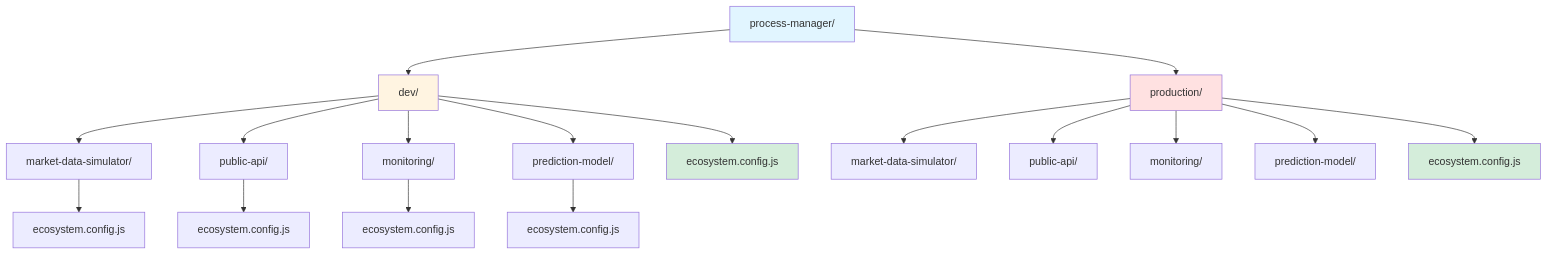
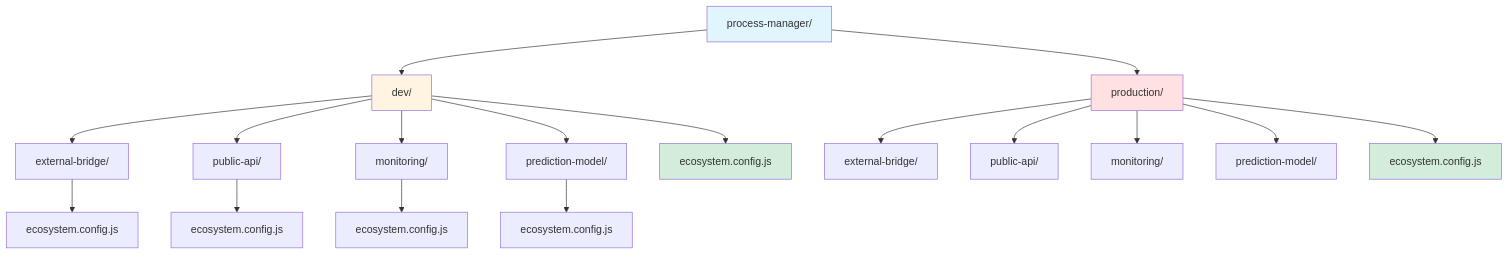
Before and after one commit to schulmacher/krupton: the diagram in docs/004_process_management_pm2.md, drawn with Mermaid. The commit also changed other lines of this file and 131 other files, not shown here.

````diff
--- a/docs/004_process_management_pm2.md
+++ b/docs/004_process_management_pm2.md
@@ -17,28 +17,28 @@
 ```mermaid
 graph TD
     A[process-manager/] --> B[dev/]
     A --> C[production/]
     
-    B --> D1[market-data-simulator/]
+    B --> D1[external-bridge/]
     B --> E1[public-api/]
     B --> F1[monitoring/]
     B --> G1[prediction-model/]
     B --> H1[ecosystem.config.js]
     
-    C --> D2[market-data-simulator/]
+    C --> D2[external-bridge/]
     C --> E2[public-api/]
     C --> F2[monitoring/]
     C --> G2[prediction-model/]
     C --> H2[ecosystem.config.js]
     
     D1 --> I1[ecosystem.config.js]
     E1 --> J1[ecosystem.config.js]
     F1 --> K1[ecosystem.config.js]
     G1 --> L1[ecosystem.config.js]
     
     style A fill:#e1f5ff
     style B fill:#fff4e1
     style C fill:#ffe1e1
     style H1 fill:#d4edda
     style H2 fill:#d4edda
 ```
````
